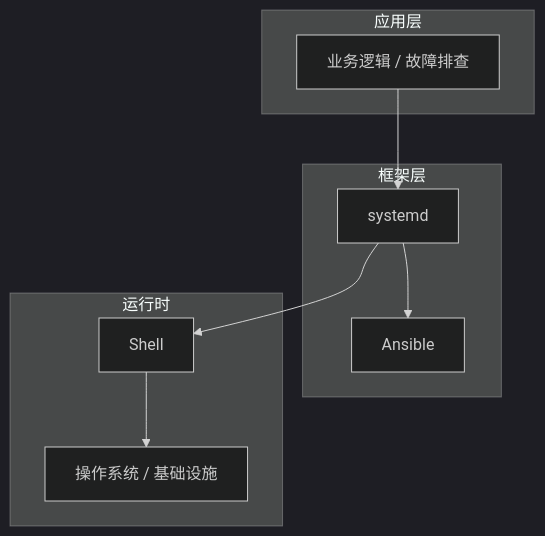
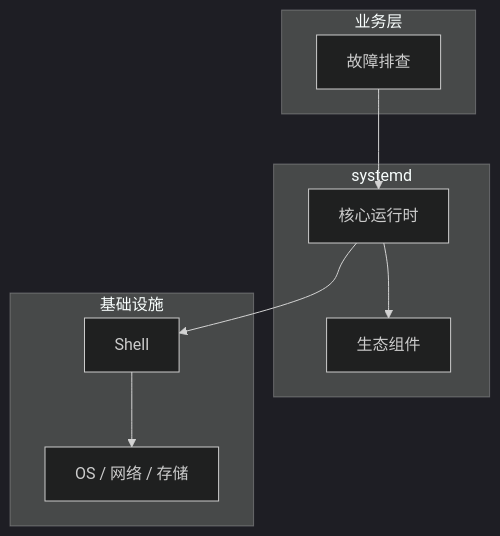
One commit to yanggan2015/knowledge-json-v2 changed the diagram in articles/Linux运维/chapters/085-故障排查核心概念与原理.md. Above: the diagram before and after it, drawn with Mermaid (dark theme). The commit also changed other lines of this file and 10127 other files, not shown here.

````diff
--- a/articles/Linux运维/chapters/085-故障排查核心概念与原理.md
+++ b/articles/Linux运维/chapters/085-故障排查核心概念与原理.md
@@ -45,18 +34,18 @@
 ```mermaid
 graph TB
-    subgraph 应用层
-        A[业务逻辑 / 故障排查]
+    subgraph 业务层
+        A[故障排查]
     end
-    subgraph 框架层
-        B[systemd]
-        C[Ansible]
+    subgraph systemd
+        B[核心运行时]
+        C[生态组件]
     end
-    subgraph 运行时
+    subgraph 基础设施
         D[Shell]
-        E[操作系统 / 基础设施]
+        E[OS / 网络 / 存储]
     end
     A --> B
     B --> C
     B --> D
     D --> E
 ```
````
